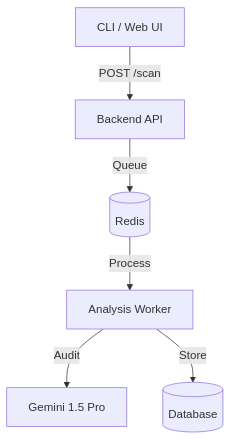
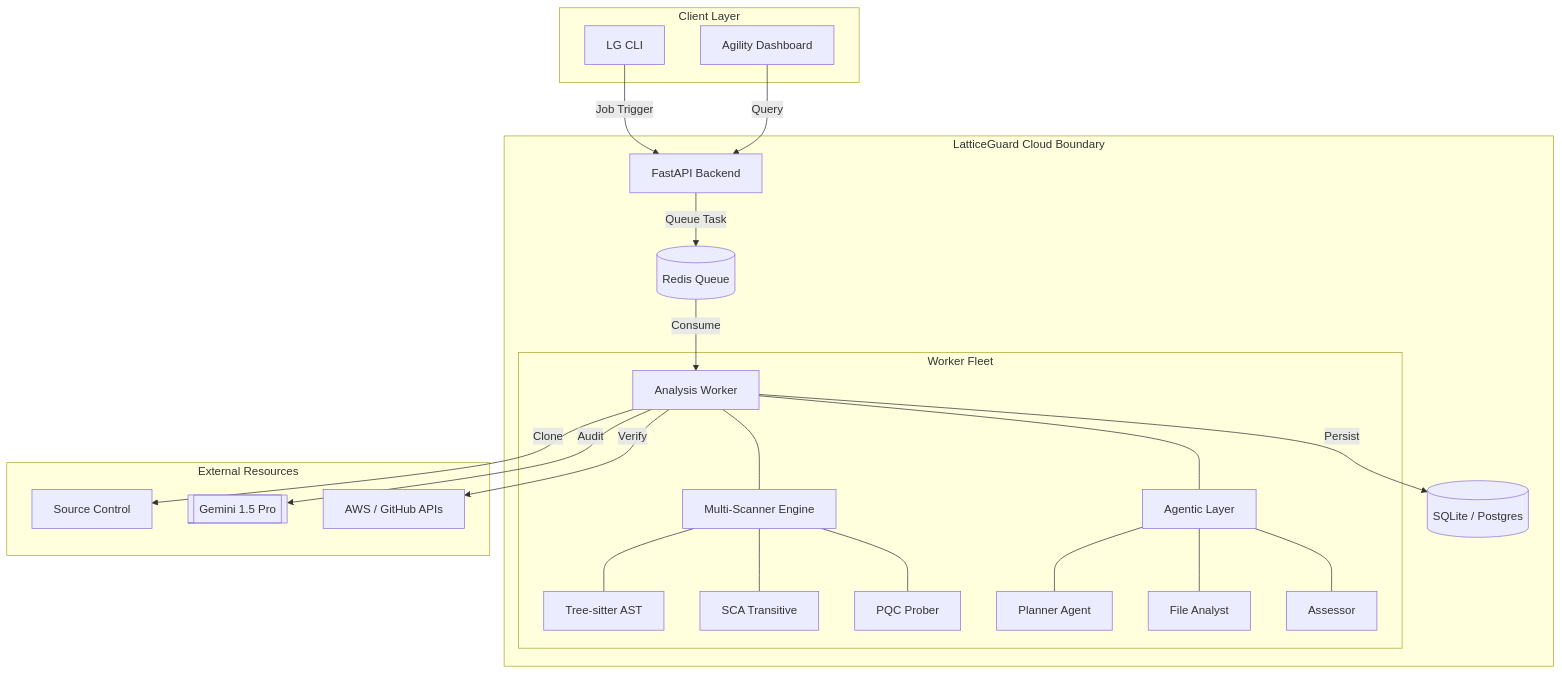
Before and after one commit to justinwkUKM/LatticeGuard: the first of 2 diagrams in README.md, drawn with Mermaid. The commit also changed other lines of this file, not shown here.

Commit message:
docs: upgrade architecture and flow diagrams in README

````diff
--- a/README.md
+++ b/README.md
@@ -41,8 +45,42 @@
 ```mermaid
-graph TD
-    Client[CLI / Web UI] -->|POST /scan| API[Backend API]
-    API -->|Queue| Redis[(Redis)]
-    Redis -->|Process| Worker[Analysis Worker]
-    Worker -->|Audit| Gemini[Gemini 1.5 Pro]
-    Worker -->|Store| DB[(Database)]
+graph TB
+    subgraph ClientLayer [Client Layer]
+        CLI[LG CLI]
+        UI[Agility Dashboard]
+    end
+
+    subgraph APICloud [LatticeGuard Cloud Boundary]
+        API[FastAPI Backend]
+        Redis[(Redis Queue)]
+        
+        subgraph WorkerFleet [Worker Fleet]
+            W1[Analysis Worker]
+            W1 --- S[Multi-Scanner Engine]
+            S --- S1[Tree-sitter AST]
+            S --- S2[SCA Transitive]
+            S --- S3[PQC Prober]
+            
+            W1 --- Agents[Agentic Layer]
+            Agents --- A1[Planner Agent]
+            Agents --- A2[File Analyst]
+            Agents --- A3[Assessor]
+        end
+        
+        DB[(SQLite / Postgres)]
+    end
+
+    subgraph External [External Resources]
+        Git[Source Control]
+        Gemini[[Gemini 1.5 Pro]]
+        Providers[AWS / GitHub APIs]
+    end
+
+    CLI -->|Job Trigger| API
+    API -->|Queue Task| Redis
+    Redis -->|Consume| W1
+    W1 -->|Clone| Git
+    W1 -->|Audit| Gemini
+    W1 -->|Verify| Providers
+    W1 -->|Persist| DB
+    UI -->|Query| API
 ```
````
